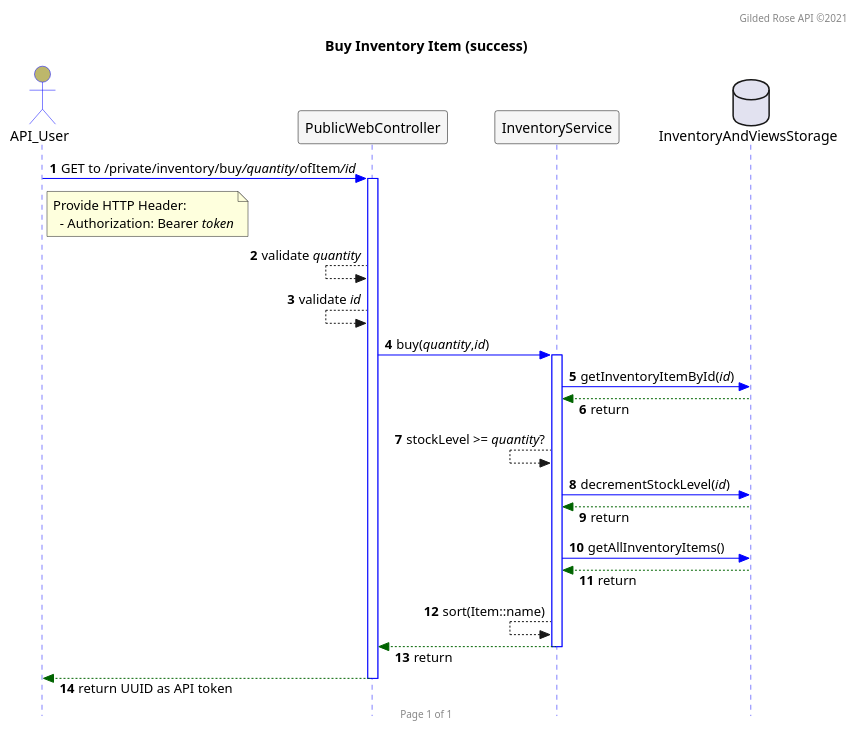
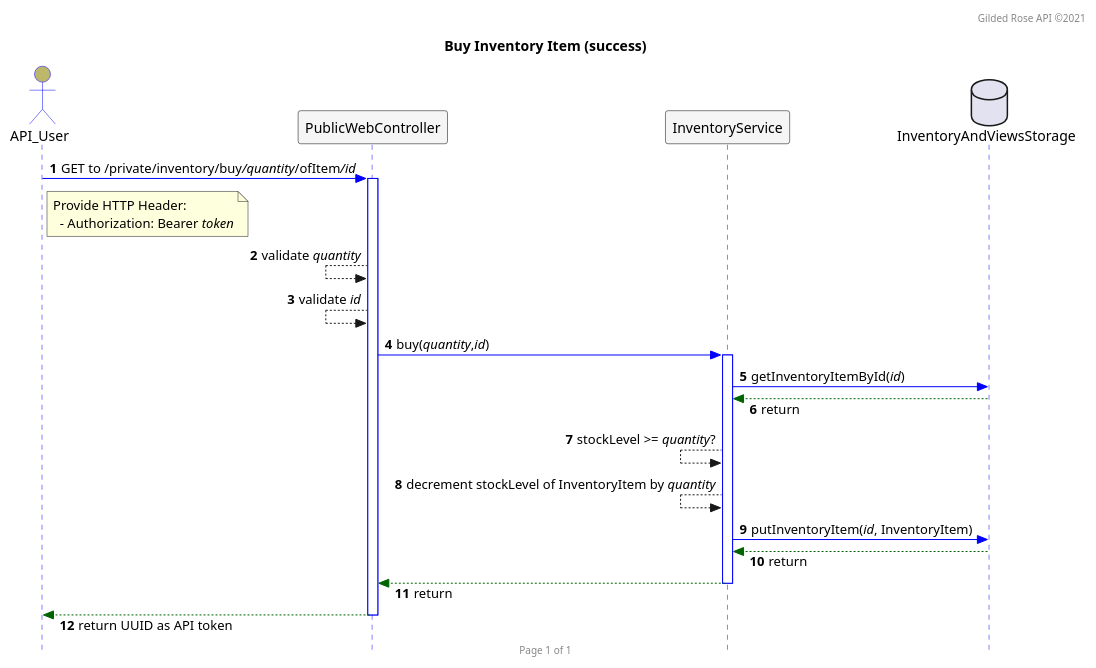
One commit to bladewheels/GildedRoseAPI changed the diagram in src/main/resources/seq.buy.puml. Above: the diagram before and after it, drawn with PlantUML.

```diff
--- a/src/main/resources/seq.buy.puml
+++ b/src/main/resources/seq.buy.puml
@@ -2,50 +2,48 @@
 @startuml
 
 autonumber
 header Gilded Rose API ©2021
 footer Page 1 of 1
 hide footbox
 
 skinparam responseMessageBelowArrow true
 skinparam sequence {
   ActorBackgroundColor DarkKhaki
   ActorBorderColor Blue
   DatabaseBackgroundColor Gray
   DatabaseBorderColor Black
   LifeLineBorderColor Blue
   ParticipantBackgroundColor WhiteSmoke
   ParticipantBorderColor Black
 }
 skinparam style strictuml
 
 title Buy Inventory Item (success)
 
 actor API_User
 participant PublicWebController
 participant InventoryService
 database InventoryAndViewsStorage
 
 API_User -[#0000FF]> PublicWebController : GET to /private/inventory/buy///quantity///ofItem///id//
 note right of API_User
  Provide HTTP Header:
    - Authorization: Bearer //token//
 end note
 activate PublicWebController
 PublicWebController <-- PublicWebController : validate //quantity//
 PublicWebController <-- PublicWebController : validate //id//
 PublicWebController -[#0000FF]> InventoryService : buy(//quantity//,//id//)
 activate InventoryService
 InventoryService -[#0000FF]> InventoryAndViewsStorage : getInventoryItemById(//id//)
 InventoryService <[#DarkGreen]-- InventoryAndViewsStorage : return
 InventoryService <-- InventoryService : stockLevel >= //quantity//?
-InventoryService -[#0000FF]> InventoryAndViewsStorage : decrementStockLevel(//id//)
+InventoryService <-- InventoryService : decrement stockLevel of InventoryItem by //quantity//
+InventoryService -[#0000FF]> InventoryAndViewsStorage : putInventoryItem(//id//, InventoryItem)
 InventoryService <[#DarkGreen]-- InventoryAndViewsStorage : return
-InventoryService -[#0000FF]> InventoryAndViewsStorage : getAllInventoryItems()
-InventoryService <[#DarkGreen]-- InventoryAndViewsStorage : return
-InventoryService <-- InventoryService : sort(Item::name)
 PublicWebController <[#DarkGreen]-- InventoryService : return
 deactivate InventoryService
 API_User <[#DarkGreen]-- PublicWebController : return UUID as API token
 deactivate PublicWebController
 
 @enduml
```
